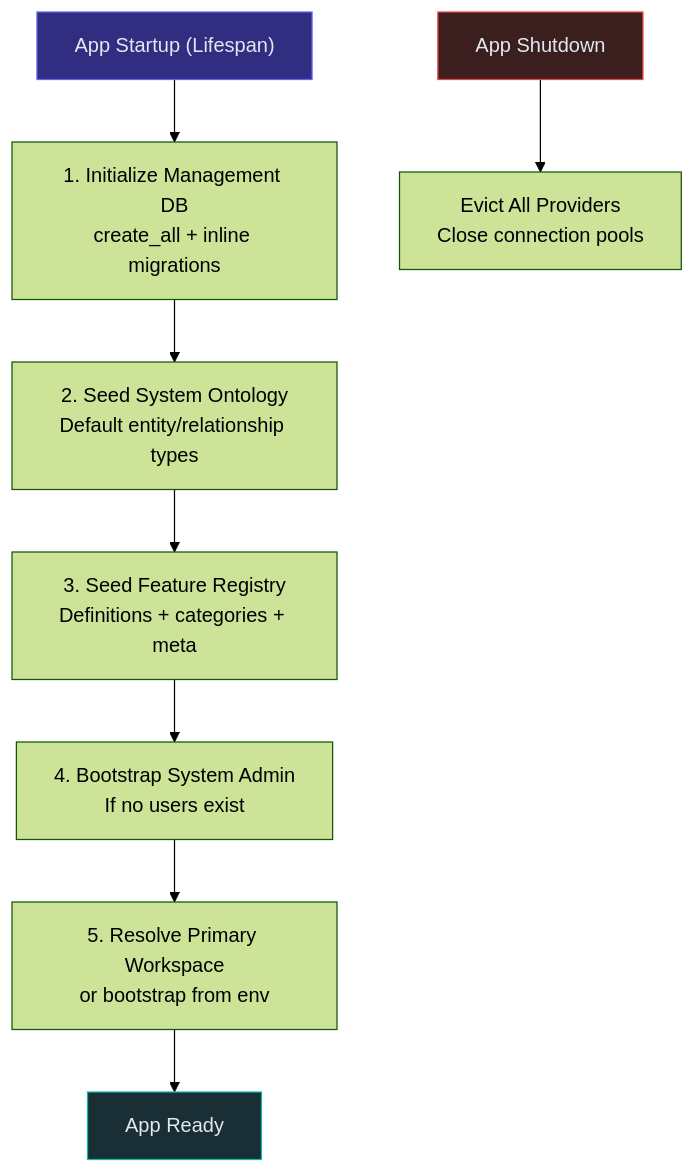
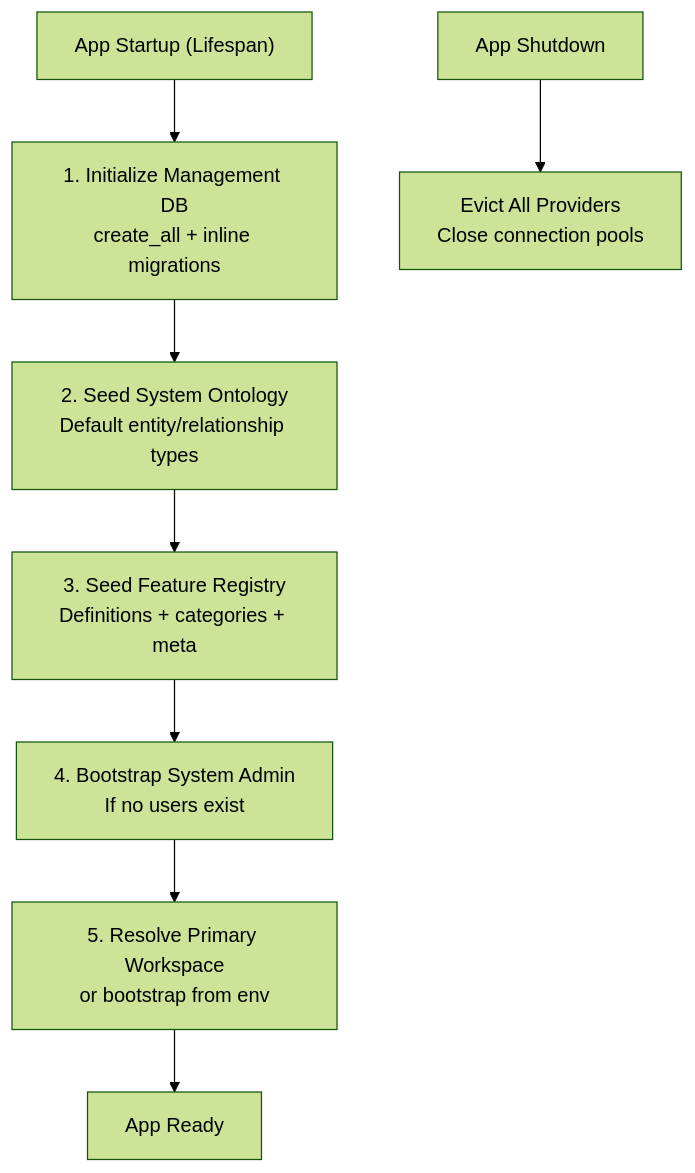
One commit to rkrumins/dataviz changed the eighth of 8 diagrams in docs/BACKEND.md. Above: the diagram before and after it, drawn with Mermaid (forest theme). The commit also changed other lines of this file and 46 other files, not shown here.

````diff
--- a/docs/BACKEND.md
+++ b/docs/BACKEND.md
@@ -571,19 +553,16 @@
 ```mermaid
 graph TB
     Start["App Startup (Lifespan)"]
     InitDB["1. Initialize Management DB<br/>create_all + inline migrations"]
     SeedOnt["2. Seed System Ontology<br/>Default entity/relationship types"]
     SeedFeat["3. Seed Feature Registry<br/>Definitions + categories + meta"]
     BootAdmin["4. Bootstrap System Admin<br/>If no users exist"]
     ResolvePrimary["5. Resolve Primary Workspace<br/>or bootstrap from env"]
     Ready["App Ready"]
     Shutdown["App Shutdown"]
     Evict["Evict All Providers<br/>Close connection pools"]
 
     Start --> InitDB --> SeedOnt --> SeedFeat --> BootAdmin --> ResolvePrimary --> Ready
     Shutdown --> Evict
 
-    style Start fill:#312e81,stroke:#6366f1,color:#e2e8f0
-    style Ready fill:#1a2e35,stroke:#14b8a6,color:#e2e8f0
-    style Shutdown fill:#3b1f1f,stroke:#ef4444,color:#e2e8f0
 ```
````
